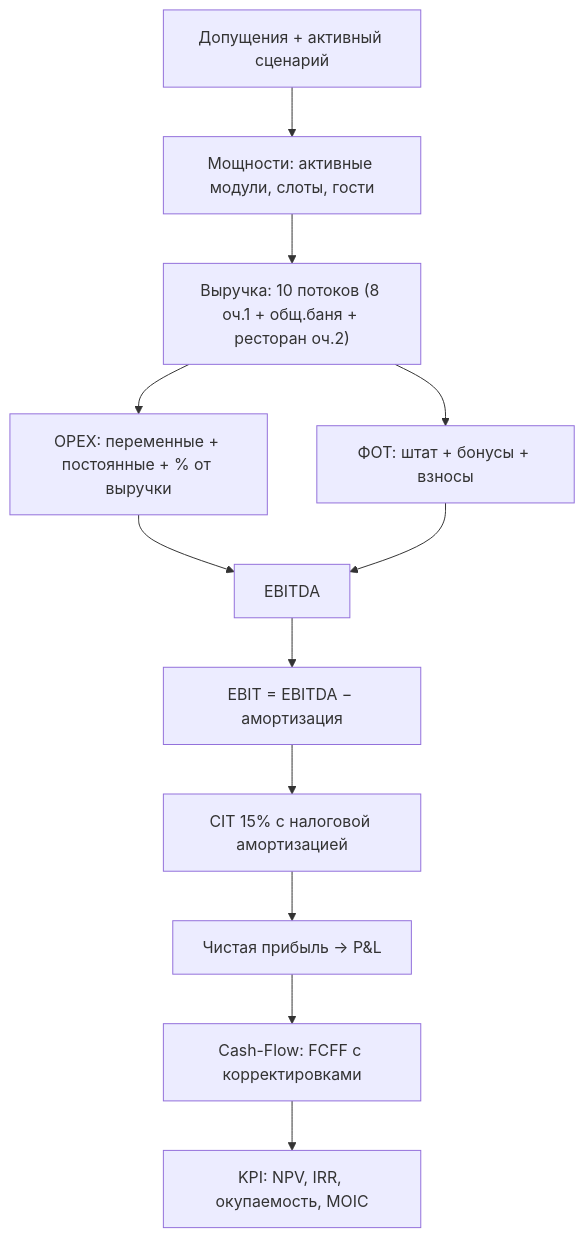
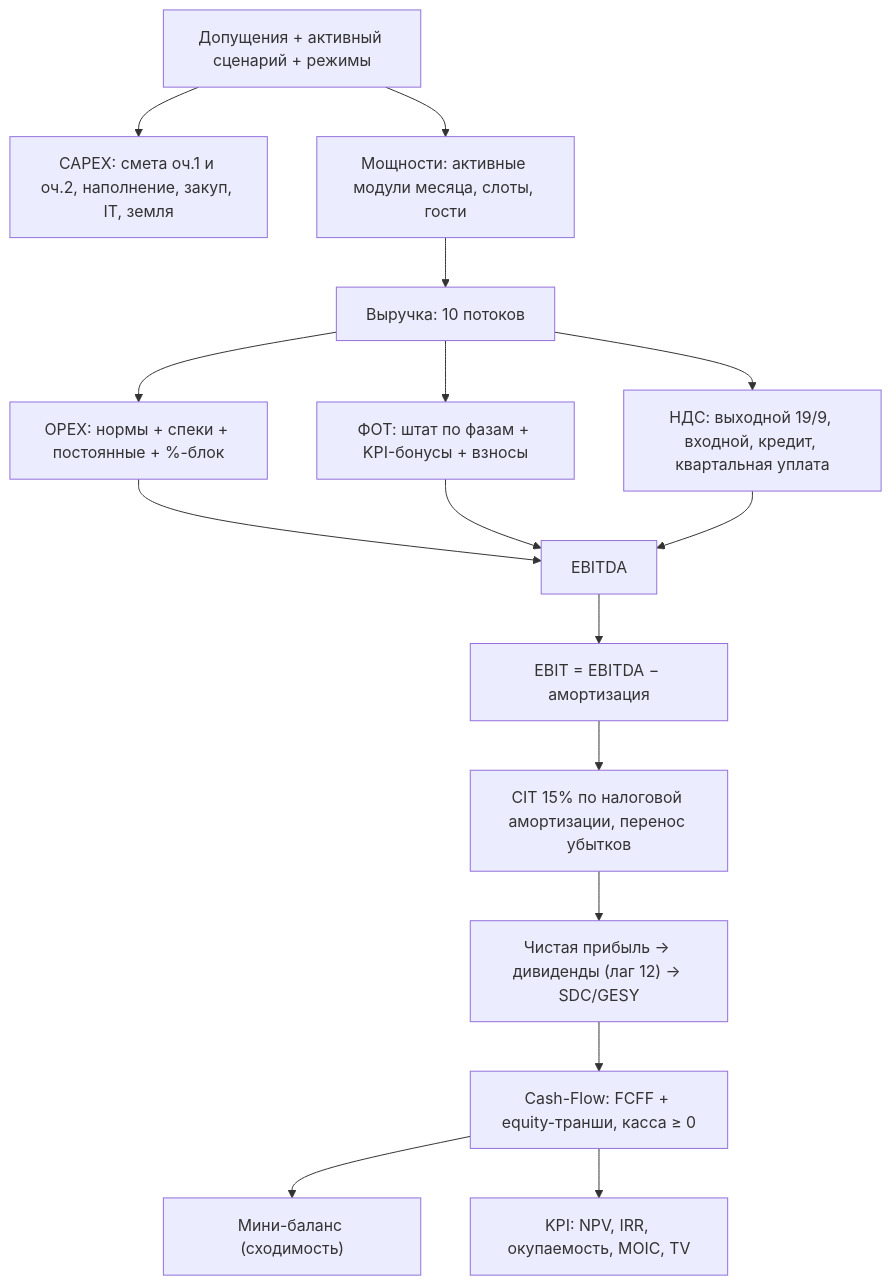
Before and after one commit to ampulex-23/aura-hills-finmodel: the second of 6 diagrams in src/docs/model-guide.md, drawn with Mermaid. The commit also changed other lines of this file and 11 other files, not shown here.

````diff
--- a/src/docs/model-guide.md
+++ b/src/docs/model-guide.md
@@ -61,14 +80,18 @@
 ```mermaid
 flowchart TD
-    A["Допущения + активный сценарий"] --> B["Мощности: активные модули, слоты, гости"]
-    B --> C["Выручка: 10 потоков (8 оч.1 + общ.баня + ресторан оч.2)"]
-    C --> D["OPEX: переменные + постоянные + % от выручки"]
-    C --> E["ФОТ: штат + бонусы + взносы"]
-    D --> F["EBITDA"]
-    E --> F
-    F --> G["EBIT = EBITDA − амортизация"]
-    G --> H["CIT 15% с налоговой амортизацией"]
-    H --> I["Чистая прибыль → P&L"]
-    I --> J["Cash-Flow: FCFF с корректировками"]
-    J --> K["KPI: NPV, IRR, окупаемость, MOIC"]
+    A["Допущения + активный сценарий + режимы"] --> B["CAPEX: смета оч.1 и оч.2, наполнение, закуп, IT, земля"]
+    A --> C["Мощности: активные модули месяца, слоты, гости"]
+    C --> D["Выручка: 10 потоков"]
+    D --> E["OPEX: нормы + спеки + постоянные + %-блок"]
+    D --> F["ФОТ: штат по фазам + KPI-бонусы + взносы"]
+    D --> G["НДС: выходной 19/9, входной, кредит, квартальная уплата"]
+    E --> H["EBITDA"]
+    F --> H
+    G --> H
+    H --> I["EBIT = EBITDA − амортизация"]
+    I --> J["CIT 15% по налоговой амортизации, перенос убытков"]
+    J --> K["Чистая прибыль → дивиденды (лаг 12) → SDC/GESY"]
+    K --> L["Cash-Flow: FCFF + equity-транши, касса ≥ 0"]
+    L --> M["Мини-баланс (сходимость)"]
+    L --> N["KPI: NPV, IRR, окупаемость, MOIC, TV"]
 ```
````
